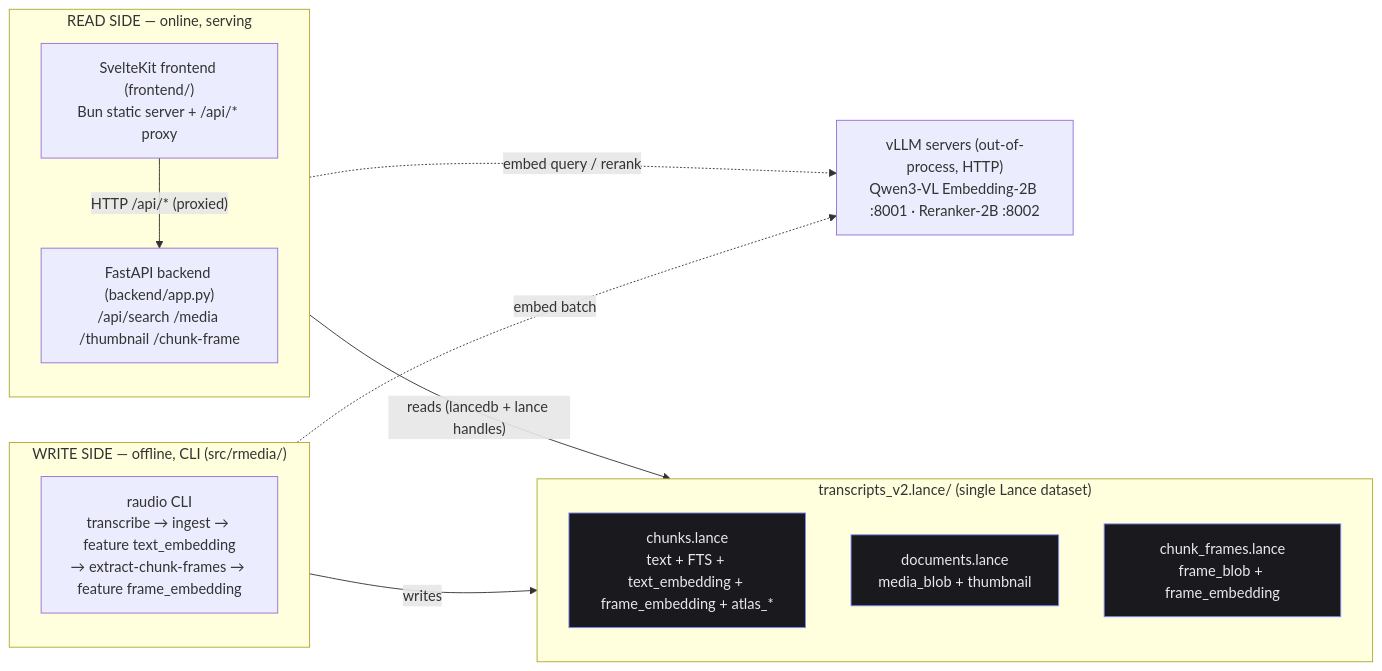
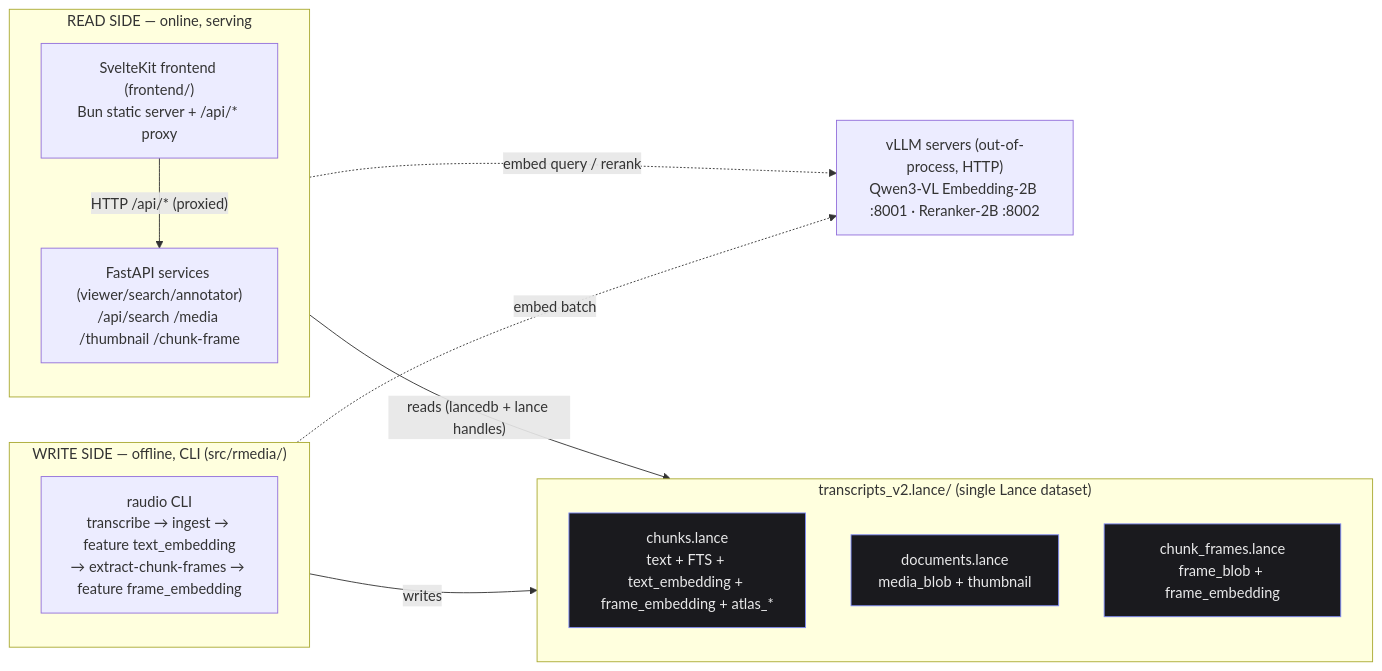
One commit to Borg93/lance-audio-demo changed the first of 4 diagrams in docs/GUIDE.md. Above: the diagram before and after it, drawn with Mermaid. The commit also changed other lines of this file and 26 other files, not shown here.

````diff
--- a/docs/GUIDE.md
+++ b/docs/GUIDE.md
@@ -34,31 +34,31 @@
 ```mermaid
 flowchart LR
     subgraph WRITE["WRITE SIDE — offline, CLI (src/rmedia/)"]
         direction TB
         CLI["raudio CLI<br/>transcribe → ingest → feature text_embedding<br/>→ extract-chunk-frames → feature frame_embedding"]
     end
 
     subgraph DB["transcripts_v2.lance/ (single Lance dataset)"]
         direction TB
         T1["chunks.lance<br/>text + FTS + text_embedding + frame_embedding + atlas_*"]
         T2["documents.lance<br/>media_blob + thumbnail"]
         T3["chunk_frames.lance<br/>frame_blob + frame_embedding"]
     end
 
     subgraph READ["READ SIDE — online, serving"]
         direction TB
         FE["SvelteKit frontend (frontend/)<br/>Bun static server + /api/* proxy"]
-        BE["FastAPI backend (backend/app.py)<br/>/api/search /media /thumbnail /chunk-frame"]
+        BE["FastAPI services (viewer/search/annotator)<br/>/api/search /media /thumbnail /chunk-frame"]
         FE -->|"HTTP /api/* (proxied)"| BE
     end
 
     VLLM["vLLM servers (out-of-process, HTTP)<br/>Qwen3-VL Embedding-2B :8001 · Reranker-2B :8002"]
 
     CLI -->|writes| DB
     BE -->|"reads (lancedb + lance handles)"| DB
     CLI -.->|embed batch| VLLM
     BE -.->|"embed query / rerank"| VLLM
 
     classDef store fill:#1a1a1e,stroke:#818cf8,color:#e9e9ea;
     class T1,T2,T3 store;
 ```
````
